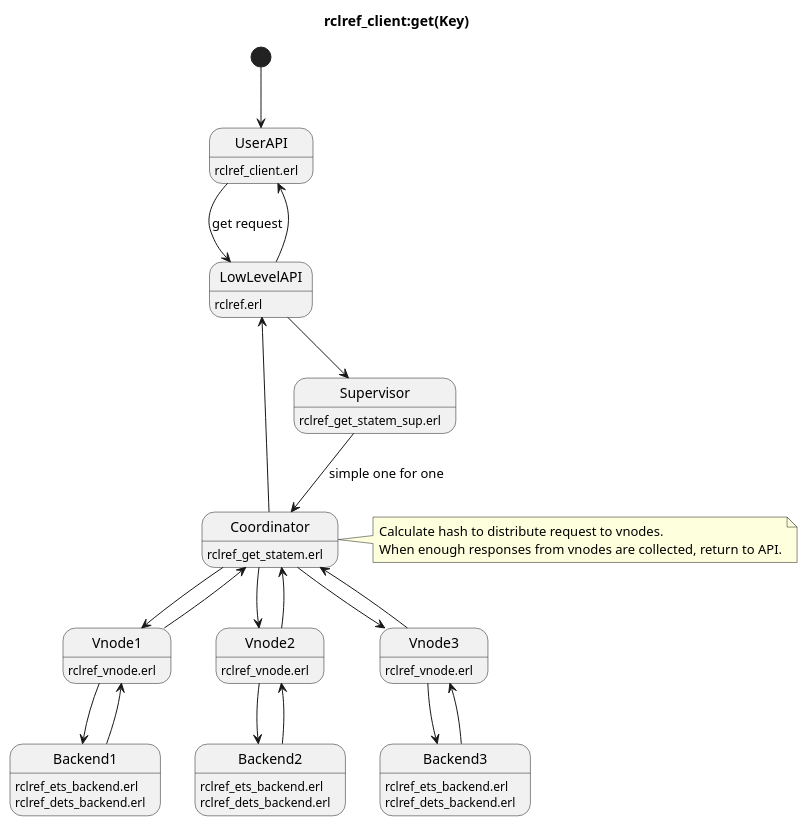
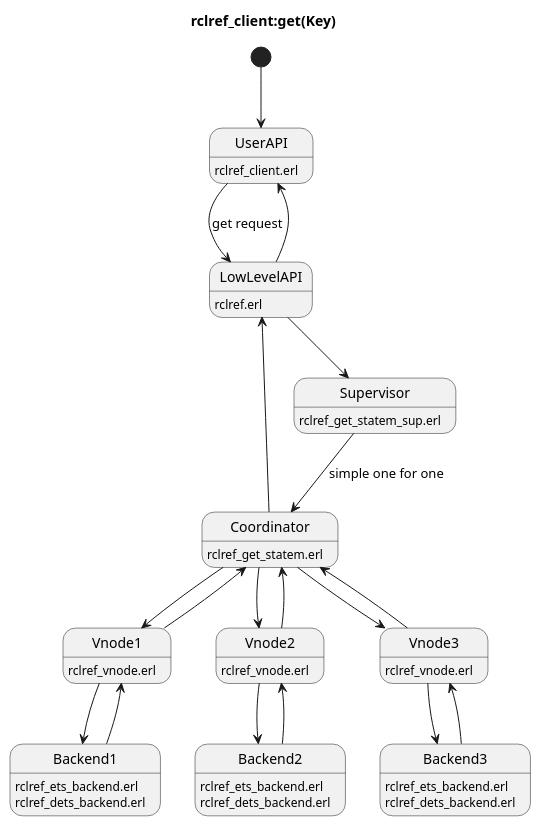
Before and after one commit to rotaki/rclref: the diagram in docs/lowlevelapi.md, drawn with PlantUML.

Commit message:
docs:lowlevelapi

````diff
--- a/docs/lowlevelapi.md
+++ b/docs/lowlevelapi.md
@@ -8,41 +8,36 @@
 ```plantuml
 title rclref_client:get(Key)
 
 [*] --> UserAPI 
 UserAPI -down-> LowLevelAPI: get request
 LowLevelAPI -down-> Supervisor
 Supervisor -down-> Coordinator : simple one for one
 Coordinator --> Vnode1
 Coordinator --> Vnode2
 Coordinator --> Vnode3
 Vnode1 --> Coordinator
 Vnode2 --> Coordinator
 Vnode3 --> Coordinator
 Vnode1 -down-> Backend1
 Vnode2 -down-> Backend2
 Vnode3 -down-> Backend3
 Backend1 --> Vnode1
 Backend2 --> Vnode2
 Backend3 --> Vnode3
 Coordinator -right-> LowLevelAPI
 LowLevelAPI -up-> UserAPI
 
-note right of Coordinator
-    Calculate hash to distribute request to vnodes.
-    When enough responses from vnodes are collected, return to API.
-end note
-
 UserAPI: rclref_client.erl
 LowLevelAPI: rclref.erl
 Supervisor: rclref_get_statem_sup.erl
 Coordinator: rclref_get_statem.erl
 Vnode1: rclref_vnode.erl
 Vnode2: rclref_vnode.erl
 Vnode3: rclref_vnode.erl
 Backend1: rclref_ets_backend.erl
 Backend2: rclref_ets_backend.erl
 Backend3: rclref_ets_backend.erl
 Backend1: rclref_dets_backend.erl
 Backend2: rclref_dets_backend.erl
 Backend3: rclref_dets_backend.erl
 ```
````
